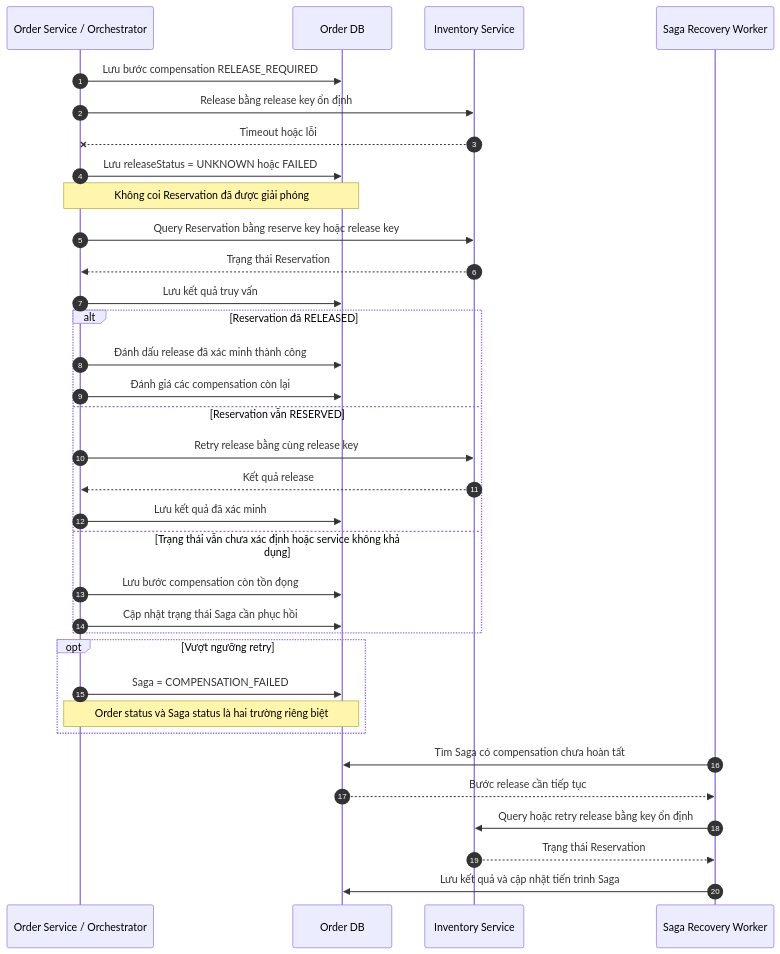
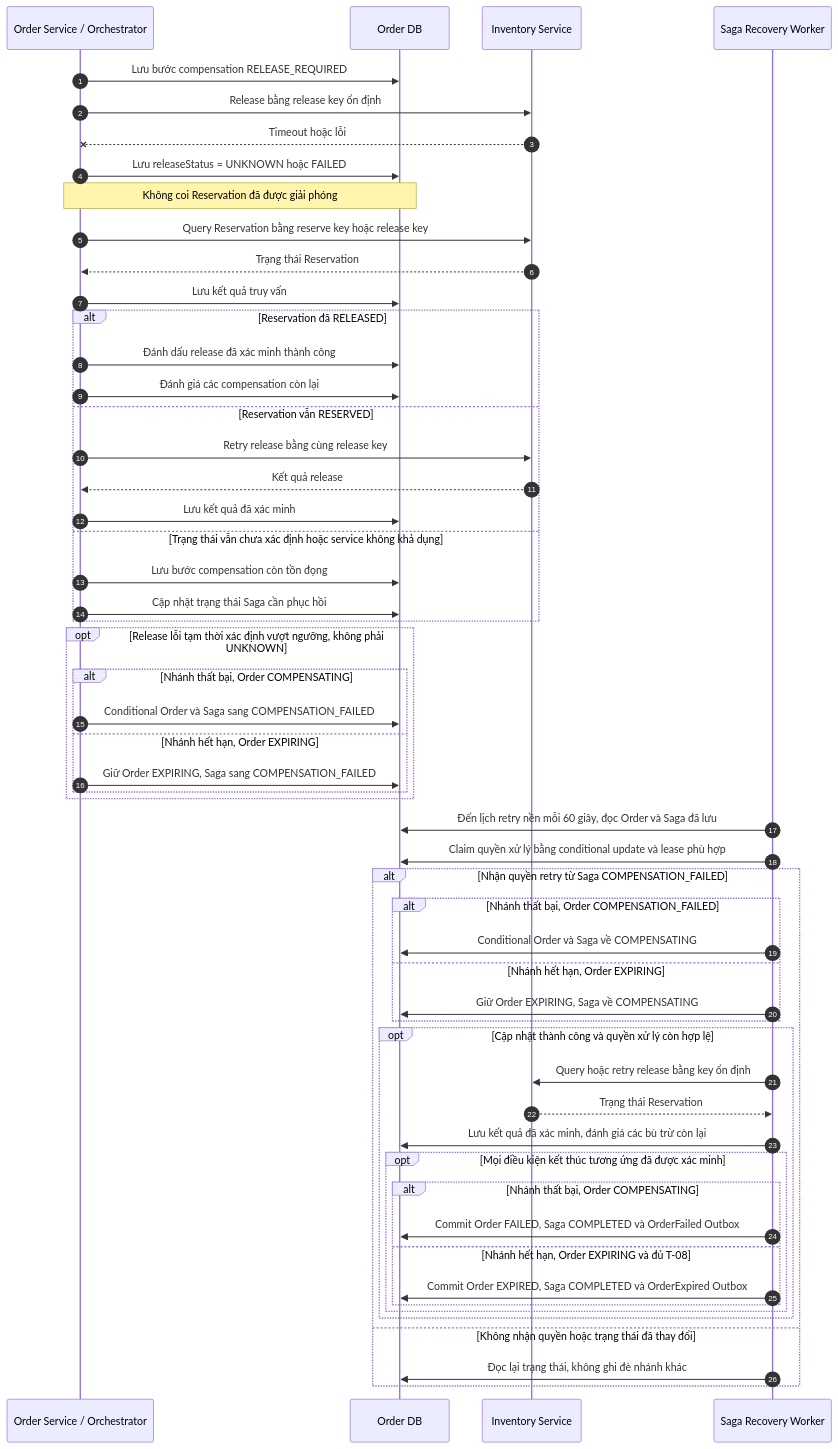
Before and after one commit to nguyenthihuyenlinh236/SE2026-T02-Resilient-Order-Workflow: the sixth of 8 diagrams in docs/architecture/11-sequence-diagrams.md, drawn with Mermaid. The commit also changed other lines of this file, not shown here.

Commit message:
docs: distinguish failure and expiry recovery in sequence diagrams

````diff
--- a/docs/architecture/11-sequence-diagrams.md
+++ b/docs/architecture/11-sequence-diagrams.md
@@ -352,36 +353,57 @@
 ```mermaid
 sequenceDiagram
 autonumber
 participant O as Order Service / Orchestrator
 participant DB as Order DB
 participant I as Inventory Service
 participant R as Saga Recovery Worker
 O->>DB: Lưu bước compensation RELEASE_REQUIRED
 O->>I: Release bằng release key ổn định
 I--xO: Timeout hoặc lỗi
 O->>DB: Lưu releaseStatus = UNKNOWN hoặc FAILED
 Note over O,DB: Không coi Reservation đã được giải phóng
 O->>I: Query Reservation bằng reserve key hoặc release key
 I-->>O: Trạng thái Reservation
 O->>DB: Lưu kết quả truy vấn
 alt Reservation đã RELEASED
     O->>DB: Đánh dấu release đã xác minh thành công
     O->>DB: Đánh giá các compensation còn lại
 else Reservation vẫn RESERVED
     O->>I: Retry release bằng cùng release key
     I-->>O: Kết quả release
     O->>DB: Lưu kết quả đã xác minh
 else Trạng thái vẫn chưa xác định hoặc service không khả dụng
     O->>DB: Lưu bước compensation còn tồn đọng
     O->>DB: Cập nhật trạng thái Saga cần phục hồi
 end
-opt Vượt ngưỡng retry
-    O->>DB: Saga = COMPENSATION_FAILED
-    Note over O,DB: Order status và Saga status là hai trường riêng biệt
+opt Release lỗi tạm thời xác định vượt ngưỡng, không phải UNKNOWN
+    alt Nhánh thất bại, Order COMPENSATING
+        O->>DB: Conditional Order và Saga sang COMPENSATION_FAILED
+    else Nhánh hết hạn, Order EXPIRING
+        O->>DB: Giữ Order EXPIRING, Saga sang COMPENSATION_FAILED
+    end
 end
-R->>DB: Tìm Saga có compensation chưa hoàn tất
-DB-->>R: Bước release cần tiếp tục
-R->>I: Query hoặc retry release bằng key ổn định
-I-->>R: Trạng thái Reservation
-R->>DB: Lưu kết quả và cập nhật tiến trình Saga
+R->>DB: Đến lịch retry nền mỗi 60 giây, đọc Order và Saga đã lưu
+R->>DB: Claim quyền xử lý bằng conditional update và lease phù hợp
+alt Nhận quyền retry từ Saga COMPENSATION_FAILED
+    alt Nhánh thất bại, Order COMPENSATION_FAILED
+        R->>DB: Conditional Order và Saga về COMPENSATING
+    else Nhánh hết hạn, Order EXPIRING
+        R->>DB: Giữ Order EXPIRING, Saga về COMPENSATING
+    end
+    opt Cập nhật thành công và quyền xử lý còn hợp lệ
+        R->>I: Query hoặc retry release bằng key ổn định
+        I-->>R: Trạng thái Reservation
+        R->>DB: Lưu kết quả đã xác minh, đánh giá các bù trừ còn lại
+        opt Mọi điều kiện kết thúc tương ứng đã được xác minh
+            alt Nhánh thất bại, Order COMPENSATING
+                R->>DB: Commit Order FAILED, Saga COMPLETED và OrderFailed Outbox
+            else Nhánh hết hạn, Order EXPIRING và đủ T-08
+                R->>DB: Commit Order EXPIRED, Saga COMPLETED và OrderExpired Outbox
+            end
+        end
+    end
+else Không nhận quyền hoặc trạng thái đã thay đổi
+    R->>DB: Đọc lại trạng thái, không ghi đè nhánh khác
+end
 ```
````
